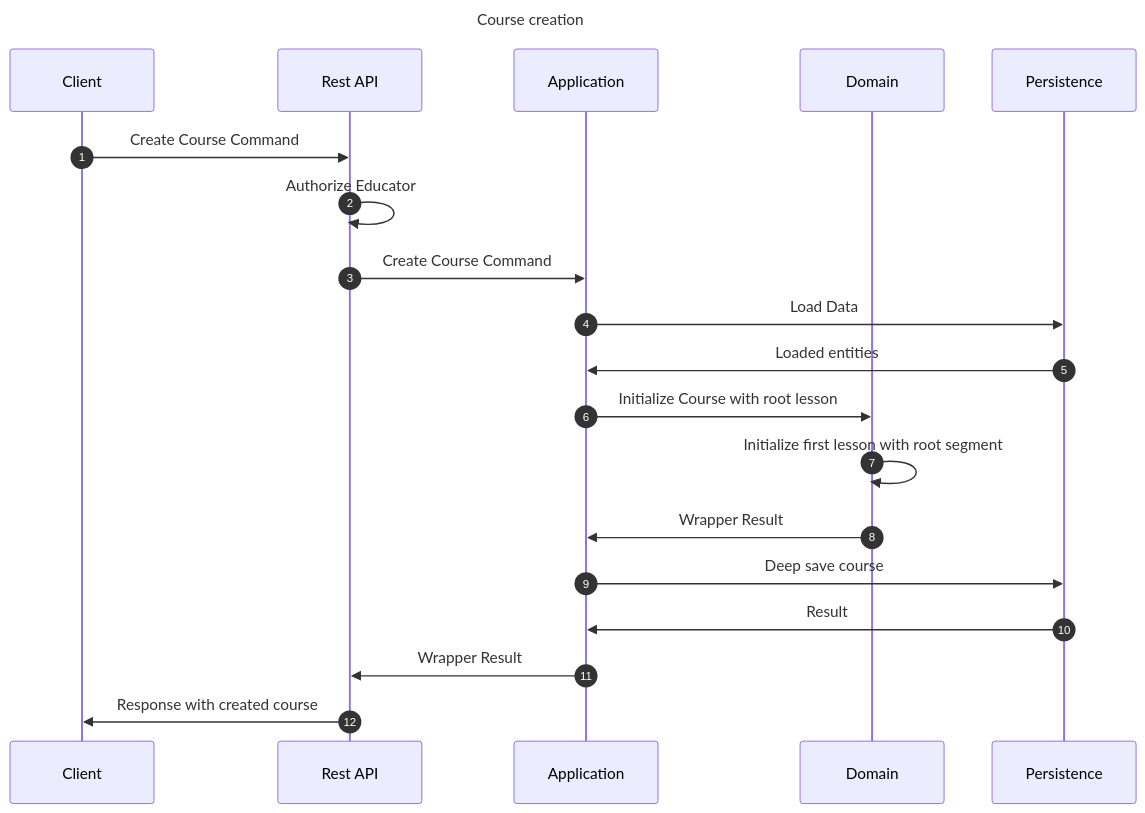
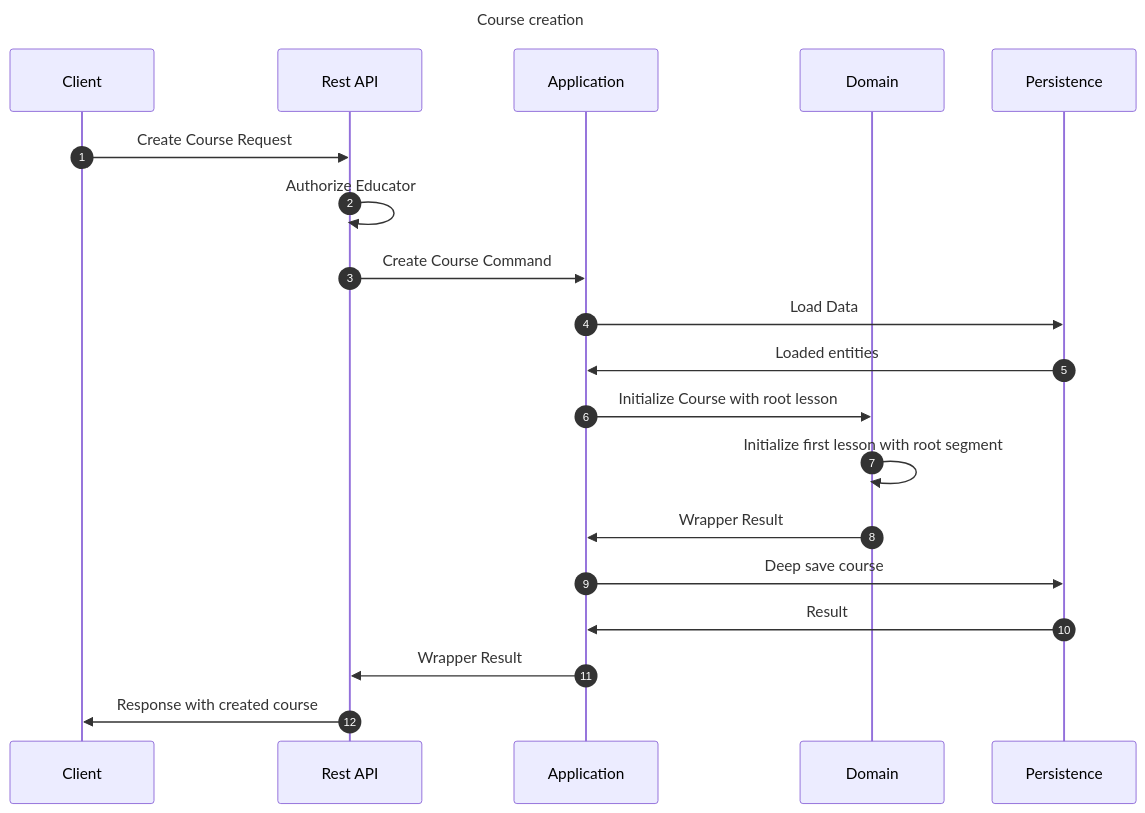
One commit to EdutieProject/edutie-backend changed the diagram in docs/edutie/flows/management/CreateCourse.md. Above: the diagram before and after it, drawn with Mermaid. The commit also changed 3 other files, not shown here.

````diff
--- a/docs/edutie/flows/management/CreateCourse.md
+++ b/docs/edutie/flows/management/CreateCourse.md
@@ -7,25 +7,25 @@
 ```mermaid
 ---
 title: Course creation
 ---
 sequenceDiagram
     participant Client
     participant Rest API
     participant Application
     participant Domain
     participant Persistence
     autonumber
     
-    Client->>Rest API: Create Course Command
+    Client->>Rest API: Create Course Request
     Rest API->>Rest API: Authorize Educator
     Rest API->>Application: Create Course Command
     Application->>Persistence: Load Data
     Persistence->>Application: Loaded entities
     Application->>Domain: Initialize Course with root lesson
     Domain->>Domain: Initialize first lesson with root segment
     Domain->>Application: Wrapper Result
     Application->>Persistence: Deep save course
     Persistence->>Application: Result
     Application->>Rest API: Wrapper Result
     Rest API->>Client: Response with created course
 ```
````
